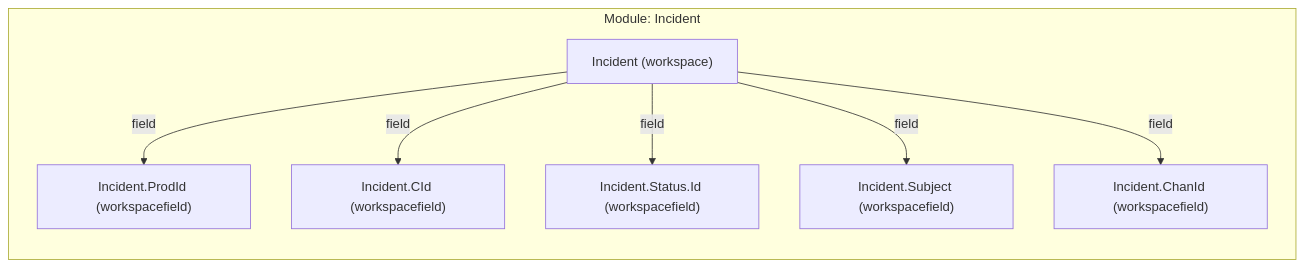
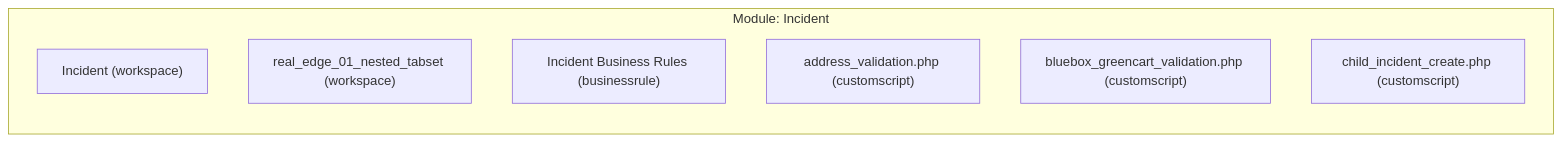
One commit to SujalMatolia0/Config_Migration changed the third of 4 diagrams in results/COMPLETE_SYSTEM_MAPPING.md. Above: the diagram before and after it, drawn with Mermaid. The commit also changed other lines of this file and 28 other files, not shown here.

Commit message:
refactor: simplify graph rendering by removing workspace hub expansion logic and increasing visualization limits.

````diff
--- a/results/COMPLETE_SYSTEM_MAPPING.md
+++ b/results/COMPLETE_SYSTEM_MAPPING.md
@@ -208,16 +169,11 @@
 ```mermaid
 flowchart LR
   subgraph MOD_Incident ["Module: Incident"]
     N_workspace_incident["Incident (workspace)"]
-    N_workspacefield_incident_prodid["Incident.ProdId (workspacefield)"]
-    N_workspacefield_incident_cid["Incident.CId (workspacefield)"]
-    N_workspacefield_incident_status_id["Incident.Status.Id (workspacefield)"]
-    N_workspacefield_incident_subject["Incident.Subject (workspacefield)"]
-    N_workspacefield_incident_chanid["Incident.ChanId (workspacefield)"]
-    N_workspace_incident -->|"field"| N_workspacefield_incident_prodid
-    N_workspace_incident -->|"field"| N_workspacefield_incident_cid
-    N_workspace_incident -->|"field"| N_workspacefield_incident_status_id
-    N_workspace_incident -->|"field"| N_workspacefield_incident_subject
-    N_workspace_incident -->|"field"| N_workspacefield_incident_chanid
+    N_workspace_real_edge_01_nested_tabset["real_edge_01_nested_tabset (workspace)"]
+    N_businessrule_incident_business_rules["Incident Business Rules (businessrule)"]
+    N_customscript_address_validation_php["address_validation.php (customscript)"]
+    N_customscript_bluebox_greencart_validation_php["bluebox_greencart_validation.php (customscript)"]
+    N_customscript_child_incident_create_php["child_incident_create.php (customscript)"]
   end
 ```
````
